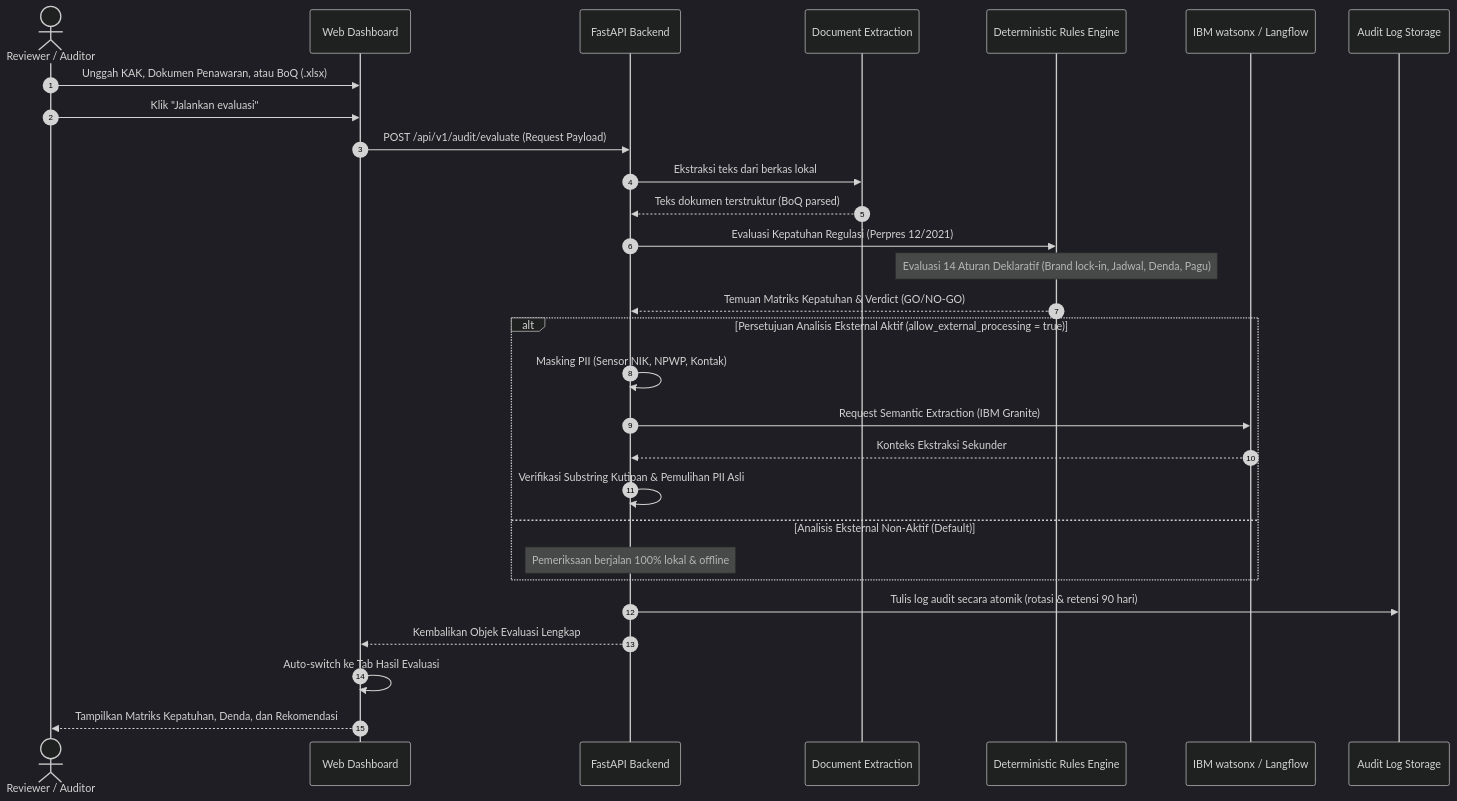
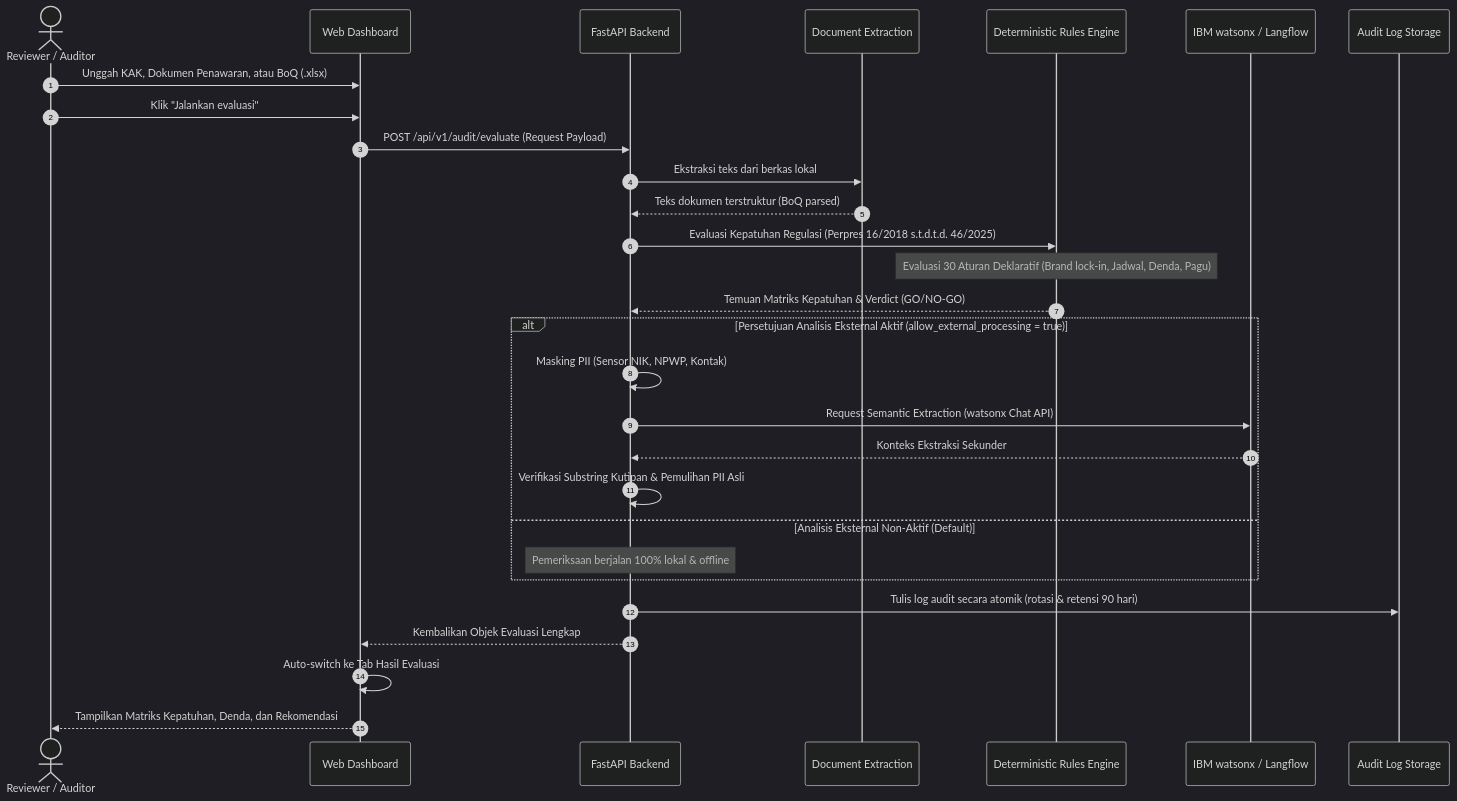
Before and after one commit to pashafachir-tech/BidSentry: the second of 2 diagrams in docs/ARCHITECTURE.md, drawn with Mermaid (dark theme). The commit also changed other lines of this file and 116 other files, not shown here.

````diff
--- a/docs/ARCHITECTURE.md
+++ b/docs/ARCHITECTURE.md
@@ -53,36 +53,36 @@
 ```mermaid
 sequenceDiagram
     autonumber
     actor Reviewer as Reviewer / Auditor
     participant Web as Web Dashboard
     participant API as FastAPI Backend
     participant DocSvc as Document Extraction
     participant Engine as Deterministic Rules Engine
     participant watsonx as IBM watsonx / Langflow
     participant Storage as Audit Log Storage
 
     Reviewer->>Web: Unggah KAK, Dokumen Penawaran, atau BoQ (.xlsx)
     Reviewer->>Web: Klik "Jalankan evaluasi"
     Web->>API: POST /api/v1/audit/evaluate (Request Payload)
 
     API->>DocSvc: Ekstraksi teks dari berkas lokal
     DocSvc-->>API: Teks dokumen terstruktur (BoQ parsed)
 
-    API->>Engine: Evaluasi Kepatuhan Regulasi (Perpres 12/2021)
-    Note over Engine: Evaluasi 14 Aturan Deklaratif (Brand lock-in, Jadwal, Denda, Pagu)
+    API->>Engine: Evaluasi Kepatuhan Regulasi (Perpres 16/2018 s.t.d.t.d. 46/2025)
+    Note over Engine: Evaluasi 30 Aturan Deklaratif (Brand lock-in, Jadwal, Denda, Pagu)
     Engine-->>API: Temuan Matriks Kepatuhan & Verdict (GO/NO-GO)
 
     alt Persetujuan Analisis Eksternal Aktif (allow_external_processing = true)
         API->>API: Masking PII (Sensor NIK, NPWP, Kontak)
-        API->>watsonx: Request Semantic Extraction (IBM Granite)
+        API->>watsonx: Request Semantic Extraction (watsonx Chat API)
         watsonx-->>API: Konteks Ekstraksi Sekunder
         API->>API: Verifikasi Substring Kutipan & Pemulihan PII Asli
     else Analisis Eksternal Non-Aktif (Default)
         Note over API: Pemeriksaan berjalan 100% lokal & offline
     end
 
     API->>Storage: Tulis log audit secara atomik (rotasi & retensi 90 hari)
     API-->>Web: Kembalikan Objek Evaluasi Lengkap
     Web->>Web: Auto-switch ke Tab Hasil Evaluasi
     Web-->>Reviewer: Tampilkan Matriks Kepatuhan, Denda, dan Rekomendasi
 ```
````
